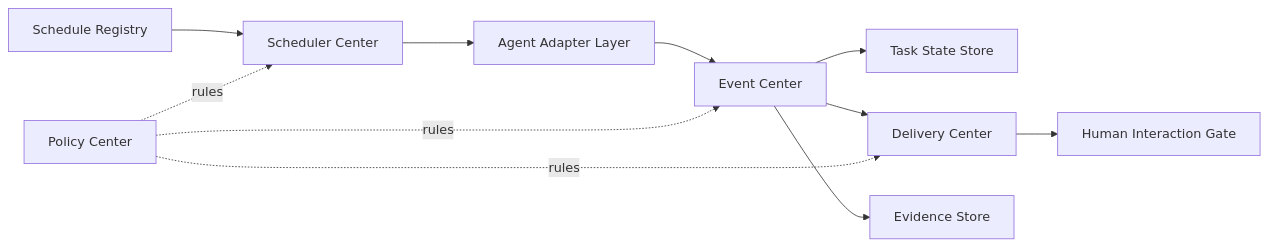
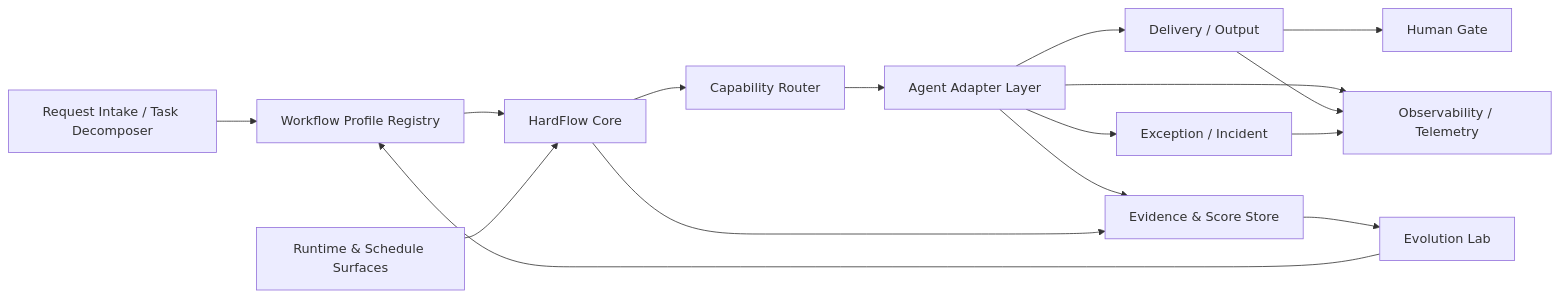
The diagram in docs/plans/2026-03-13-workflow-architecture-manifesto.md (XX-Trader/openclaw-hardflow-backup-20260302), drawn with Mermaid before and after one commit. The commit also changed other lines of this file and 121 other files, not shown here.

````diff
--- a/docs/plans/2026-03-13-workflow-architecture-manifesto.md
+++ b/docs/plans/2026-03-13-workflow-architecture-manifesto.md
@@ -20,23 +69,31 @@
 ```mermaid
 flowchart LR
-    SR[Schedule Registry]
-    SC[Scheduler Center]
-    AA[Agent Adapter Layer]
-    EC[Event Center]
-    TS[Task State Store]
-    DC[Delivery Center]
-    ES[Evidence Store]
-    HG[Human Interaction Gate]
-    PC[Policy Center]
+    RI[Request Intake / Task Decomposer]
+    WPR[Workflow Profile Registry]
+    HFC[HardFlow Core]
+    CR[Capability Router]
+    AAL[Agent Adapter Layer]
+    D[Delivery / Output]
+    H[Human Gate]
+    X[Exception / Incident]
+    RSS[Runtime & Schedule Surfaces]
+    ESS[Evidence & Score Store]
+    T[Observability / Telemetry]
+    EL[Evolution Lab]
 
-    SR --> SC
-    SC --> AA
-    AA --> EC
-    EC --> TS
-    EC --> DC
-    EC --> ES
-    DC --> HG
-    PC -. rules .-> SC
-    PC -. rules .-> EC
-    PC -. rules .-> DC
+    RI --> WPR
+    WPR --> HFC
+    HFC --> CR
+    CR --> AAL
+    AAL --> D
+    AAL --> X
+    RSS --> HFC
+    D --> H
+    AAL --> ESS
+    HFC --> ESS
+    AAL --> T
+    D --> T
+    X --> T
+    ESS --> EL
+    EL --> WPR
 ```
````
